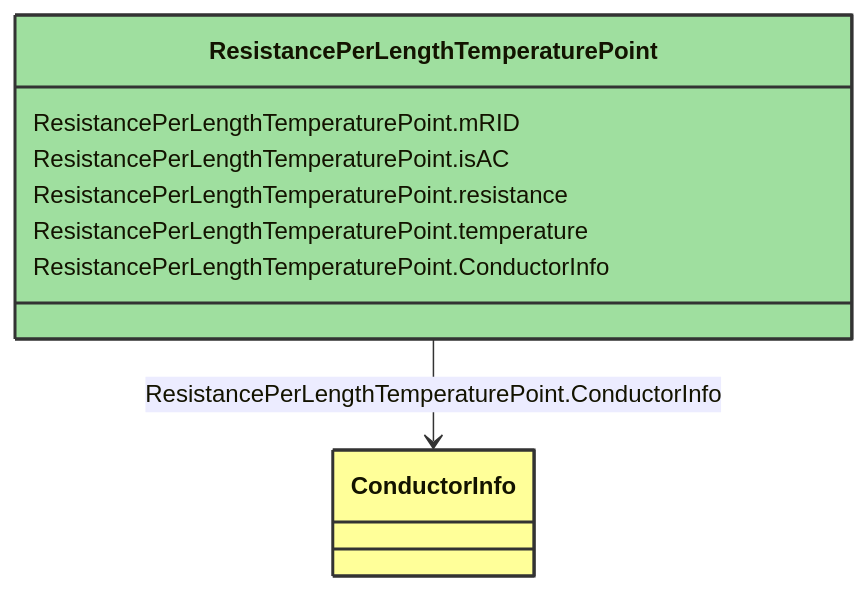
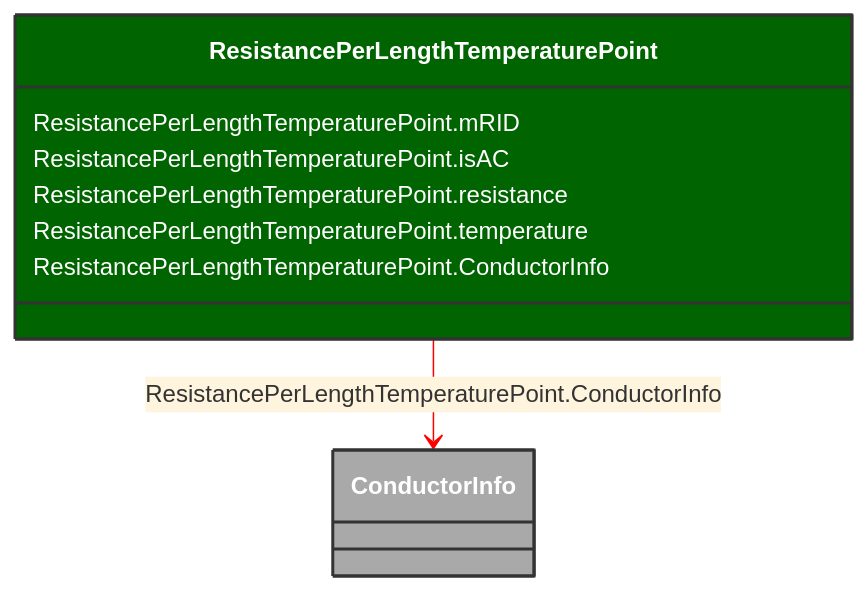
The diagram in docs/Models/Profiles/SubseaCableInfo/ConcreteClasses/ResistancePerLengthTemperaturePoint.md (3lbits/NoCIMExtensions), drawn with Mermaid before and after one commit. The commit also changed 58 other files, not shown here.

````diff
--- a/docs/Models/Profiles/SubseaCableInfo/ConcreteClasses/ResistancePerLengthTemperaturePoint.md
+++ b/docs/Models/Profiles/SubseaCableInfo/ConcreteClasses/ResistancePerLengthTemperaturePoint.md
@@ -8,19 +8,20 @@
 ```mermaid
+%%{init: {'theme':'base','themeVariables': {'lineColor': '#FF0000'}}}%%
 classDiagram
     class ResistancePerLengthTemperaturePoint
     click ResistancePerLengthTemperaturePoint href "/Models/Profiles/SubseaCableInfo/ConcreteClasses/ResistancePerLengthTemperaturePoint/"
-    style ResistancePerLengthTemperaturePoint fill:#9fdf9f,stroke:#333,stroke-width:2px,rx:10,ry:10
+    style ResistancePerLengthTemperaturePoint fill:#006400,stroke:#333,stroke-width:2px,rx:10,ry:10,color:white
 
         ResistancePerLengthTemperaturePoint --> ConductorInfo : ResistancePerLengthTemperaturePoint.ConductorInfo
 
         ConductorInfo
             click ConductorInfo href "/Models/Profiles/SubseaCableInfo/AbstractClasses/ConductorInfo/"
-            style ConductorInfo fill:#ffff99,stroke:#333,stroke-width:2px,rx:10,ry:10
+            style ConductorInfo fill:#A9A9A9,stroke:#333,stroke-width:2px,rx:10,ry:10,color:white
 
 
         ResistancePerLengthTemperaturePoint : ResistancePerLengthTemperaturePoint.mRID
         ResistancePerLengthTemperaturePoint : ResistancePerLengthTemperaturePoint.isAC
         ResistancePerLengthTemperaturePoint : ResistancePerLengthTemperaturePoint.resistance
         ResistancePerLengthTemperaturePoint : ResistancePerLengthTemperaturePoint.temperature
         ResistancePerLengthTemperaturePoint : ResistancePerLengthTemperaturePoint.ConductorInfo
 ```
````
